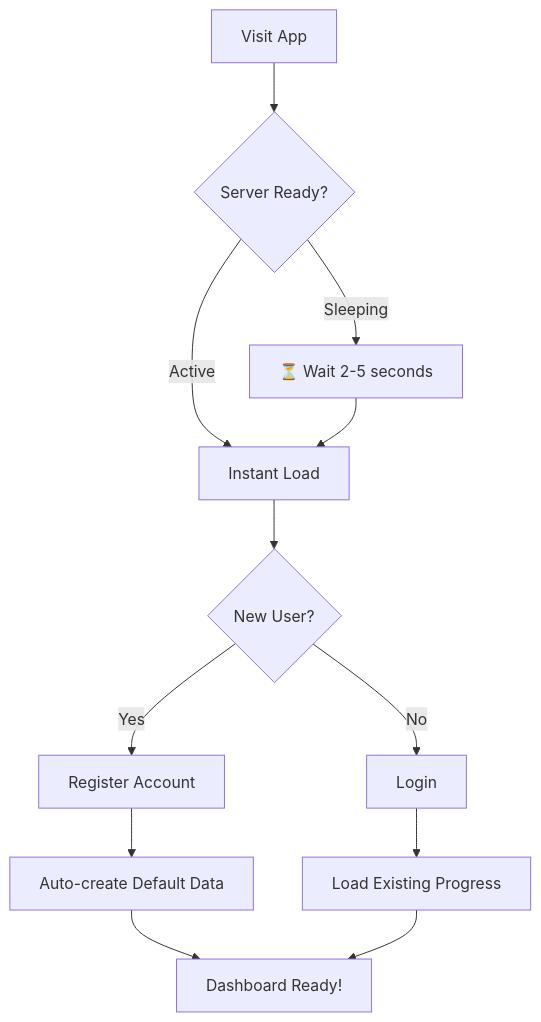
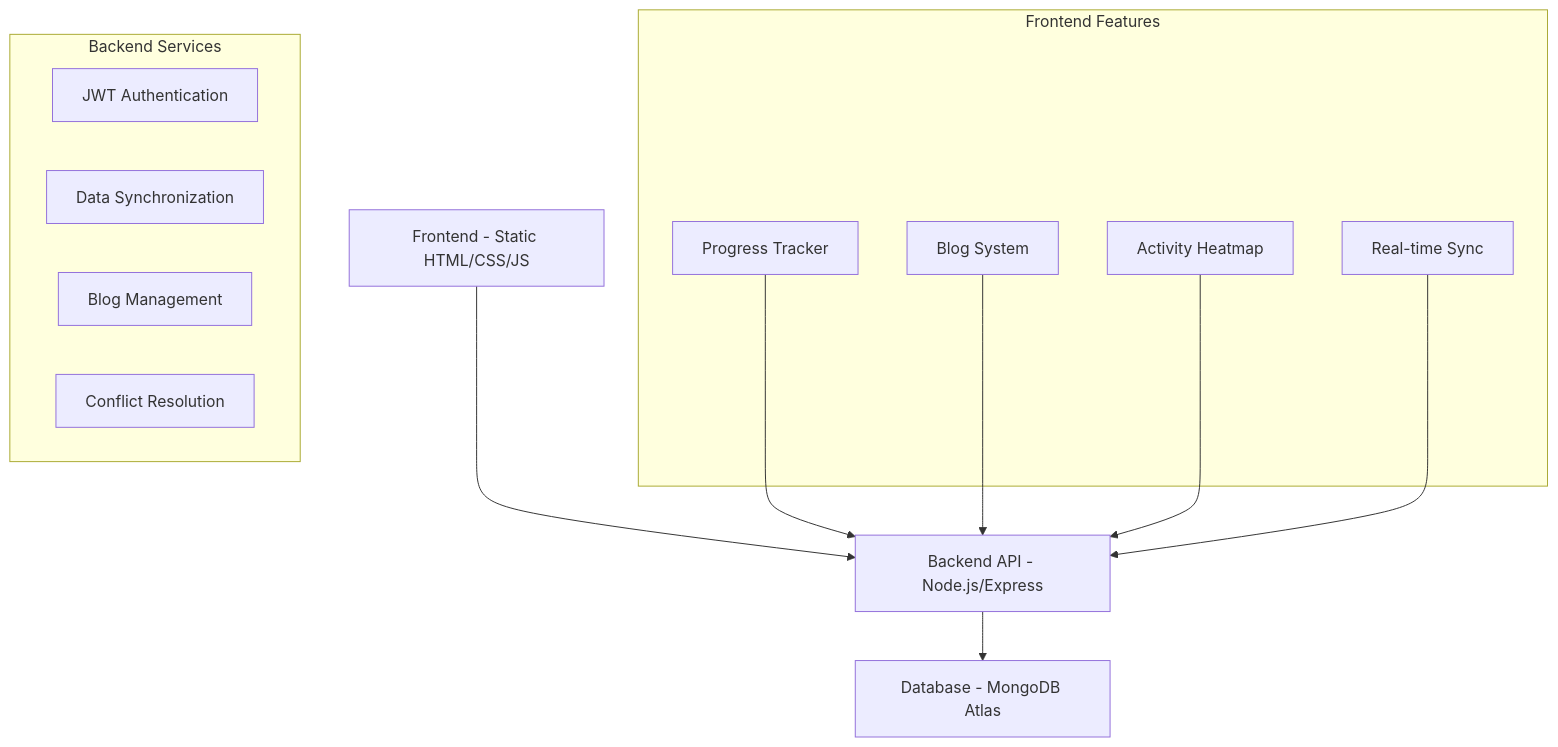
One commit to anupam6335/Focus-Flow changed the diagram in README.md. Above: the diagram before and after it, drawn with Mermaid. The commit also changed other lines of this file, not shown here.

````diff
--- a/README.md
+++ b/README.md
@@ -44,14 +100,24 @@
 ```mermaid
-graph TD
-    A[Visit App] --> B{Server Ready?}
-    B -->|Sleeping| C[⏳ Wait 2-5 seconds]
-    B -->|Active| D[Instant Load]
-    C --> D
-    D --> E{New User?}
-    E -->|Yes| F[Register Account]
-    E -->|No| G[Login]
-    F --> H[Auto-create Default Data]
-    G --> I[Load Existing Progress]
-    H --> J[Dashboard Ready!]
-    I --> J
+graph TB
+    A[Frontend - Static HTML/CSS/JS] --> B[Backend API - Node.js/Express]
+    B --> C[Database - MongoDB Atlas]
+    
+    subgraph Frontend Features
+        D[Progress Tracker]
+        E[Blog System]
+        F[Activity Heatmap]
+        G[Real-time Sync]
+    end
+    
+    subgraph Backend Services
+        H[JWT Authentication]
+        I[Data Synchronization]
+        J[Blog Management]
+        K[Conflict Resolution]
+    end
+    
+    D --> B
+    E --> B
+    F --> B
+    G --> B
 ```
````
